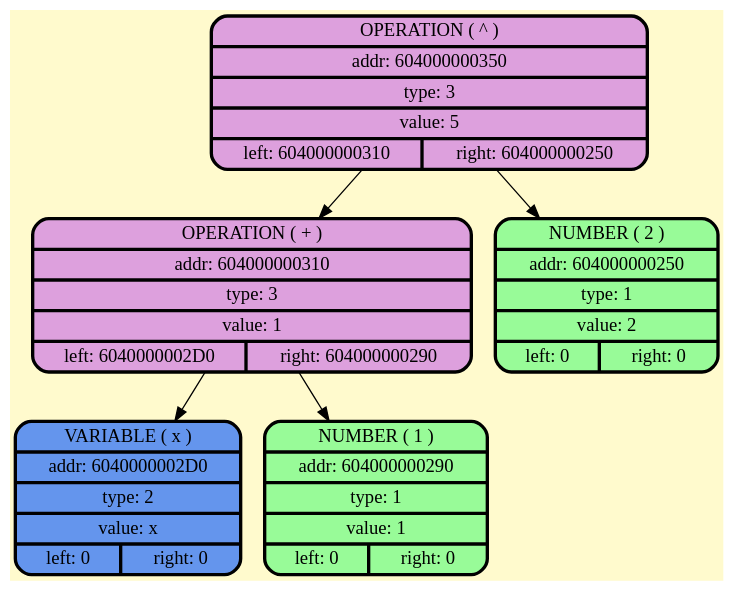
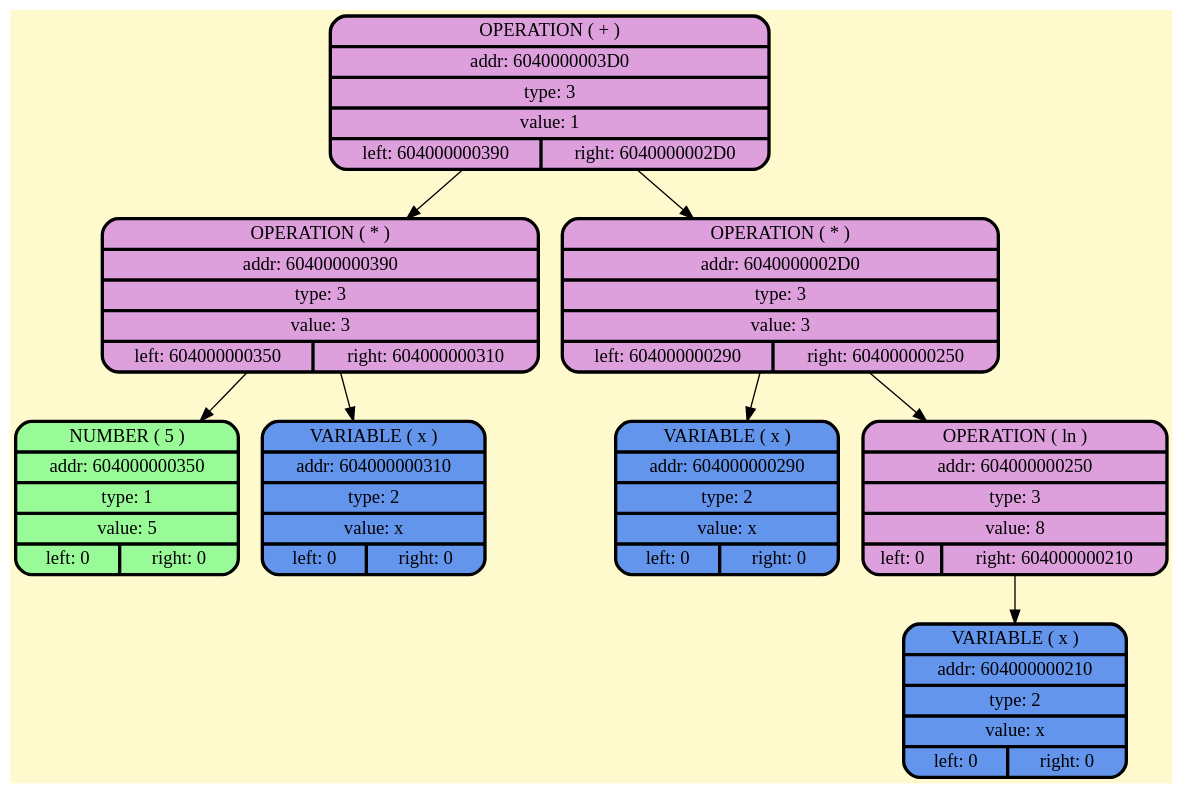
Before and after one commit to BulgakovDmitry/differentiator: the diagram in dumpGraph/rootSimpl.gv, drawn with Graphviz. The commit also changed 18 other files, not shown here.

```diff
--- a/dumpGraph/rootSimpl.gv
+++ b/dumpGraph/rootSimpl.gv
@@ -1,14 +1,20 @@
 digraph G {
     node [style=filled, fontcolor=darkblue, fillcolor=peachpuff, color="#252A34", penwidth=2.5];
     bgcolor="lemonchiffon";
 
-node_0x604000000350 [shape=Mrecord; style = filled; fillcolor=plum; color = "#000000"; fontcolor = "#000000";label=" {OPERATION ( ^ ) | addr: 604000000350 | type: 3 | value: 5 | {left: 604000000310 | right: 604000000250}} "];
-node_0x604000000310 [shape=Mrecord; style = filled; fillcolor=plum; color = "#000000"; fontcolor = "#000000";label=" {OPERATION ( + ) | addr: 604000000310 | type: 3 | value: 1 | {left: 6040000002D0 | right: 604000000290}} "];
-    node_0x6040000002d0 [shape=Mrecord; style = filled; fillcolor = cornflowerblue; color = "#000000"; fontcolor = "#000000";  label="  {VARIABLE ( x )| addr: 6040000002D0 | type: 2| value: x | {left: 0 | right: 0}} "];
-    node_0x604000000290 [shape=Mrecord; style = filled; fillcolor = palegreen; color = "#000000"; fontcolor = "#000000";  label="  {NUMBER ( 1 )| addr: 604000000290 | type: 1| value: 1 | {left: 0 | right: 0}} "];
-    node_0x604000000250 [shape=Mrecord; style = filled; fillcolor = palegreen; color = "#000000"; fontcolor = "#000000";  label="  {NUMBER ( 2 )| addr: 604000000250 | type: 1| value: 2 | {left: 0 | right: 0}} "];
-    node_0x604000000350 -> node_0x604000000310;
-    node_0x604000000310 -> node_0x6040000002d0;
-    node_0x604000000310 -> node_0x604000000290;
-    node_0x604000000350 -> node_0x604000000250;
+node_0x6040000003d0 [shape=Mrecord; style = filled; fillcolor=plum; color = "#000000"; fontcolor = "#000000";label=" {OPERATION ( + ) | addr: 6040000003D0 | type: 3 | value: 1 | {left: 604000000390 | right: 6040000002D0}} "];
+node_0x604000000390 [shape=Mrecord; style = filled; fillcolor=plum; color = "#000000"; fontcolor = "#000000";label=" {OPERATION ( * ) | addr: 604000000390 | type: 3 | value: 3 | {left: 604000000350 | right: 604000000310}} "];
+    node_0x604000000350 [shape=Mrecord; style = filled; fillcolor = palegreen; color = "#000000"; fontcolor = "#000000";  label="  {NUMBER ( 5 )| addr: 604000000350 | type: 1| value: 5 | {left: 0 | right: 0}} "];
+    node_0x604000000310 [shape=Mrecord; style = filled; fillcolor = cornflowerblue; color = "#000000"; fontcolor = "#000000";  label="  {VARIABLE ( x )| addr: 604000000310 | type: 2| value: x | {left: 0 | right: 0}} "];
+node_0x6040000002d0 [shape=Mrecord; style = filled; fillcolor=plum; color = "#000000"; fontcolor = "#000000";label=" {OPERATION ( * ) | addr: 6040000002D0 | type: 3 | value: 3 | {left: 604000000290 | right: 604000000250}} "];
+    node_0x604000000290 [shape=Mrecord; style = filled; fillcolor = cornflowerblue; color = "#000000"; fontcolor = "#000000";  label="  {VARIABLE ( x )| addr: 604000000290 | type: 2| value: x | {left: 0 | right: 0}} "];
+node_0x604000000250 [shape=Mrecord; style = filled; fillcolor=plum; color = "#000000"; fontcolor = "#000000";label=" {OPERATION ( ln ) | addr: 604000000250 | type: 3 | value: 8 | {left: 0 | right: 604000000210}} "];
+    node_0x604000000210 [shape=Mrecord; style = filled; fillcolor = cornflowerblue; color = "#000000"; fontcolor = "#000000";  label="  {VARIABLE ( x )| addr: 604000000210 | type: 2| value: x | {left: 0 | right: 0}} "];
+    node_0x6040000003d0 -> node_0x604000000390;
+    node_0x604000000390 -> node_0x604000000350;
+    node_0x604000000390 -> node_0x604000000310;
+    node_0x6040000003d0 -> node_0x6040000002d0;
+    node_0x6040000002d0 -> node_0x604000000290;
+    node_0x6040000002d0 -> node_0x604000000250;
+    node_0x604000000250 -> node_0x604000000210;
 }
```
